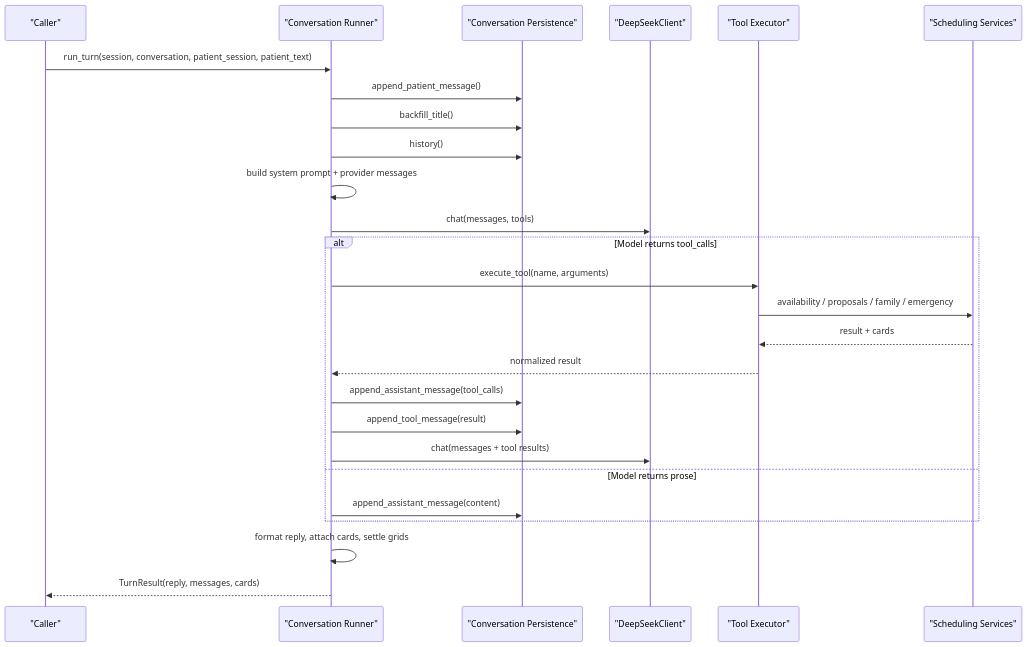
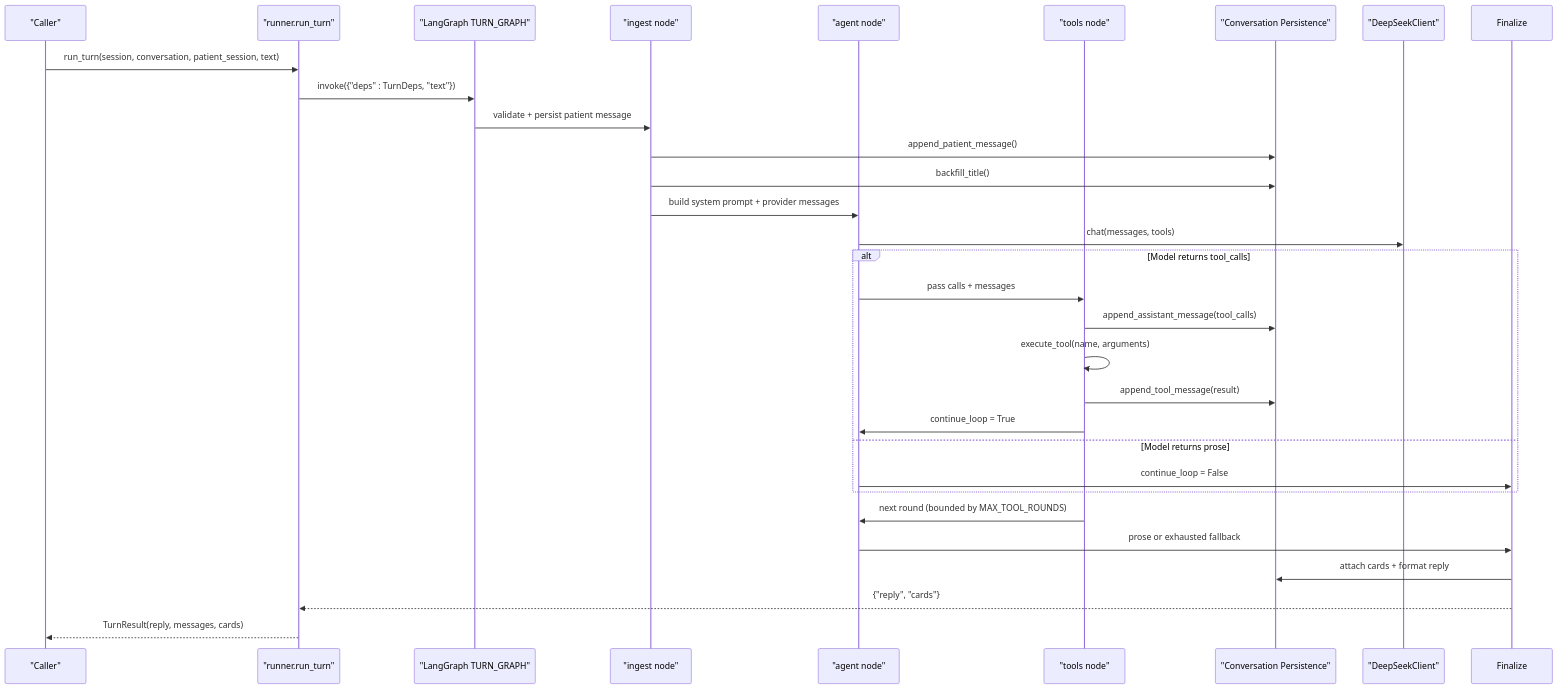
Before and after one commit to gokulkaarthicks/dental-chatbot: the second of 5 diagrams in .qoder/repowiki/en/content/AI Agent System/Conversation Runner/Conversation Runner.md, drawn with Mermaid. The commit also changed other lines of this file and 280 other files, not shown here.

````diff
--- a/.qoder/repowiki/en/content/AI Agent System/Conversation Runner/Conversation Runner.md
+++ b/.qoder/repowiki/en/content/AI Agent System/Conversation Runner/Conversation Runner.md
@@ -97,28 +103,32 @@
 ```mermaid
 sequenceDiagram
 participant Client as "Caller"
-participant Runner as "Conversation Runner"
+participant Runner as "runner.run_turn"
+participant Graph as "LangGraph TURN_GRAPH"
+participant Ingest as "ingest node"
+participant Agent as "agent node"
+participant Tools as "tools node"
 participant Conv as "Conversation Persistence"
 participant AI as "DeepSeekClient"
-participant Tools as "Tool Executor"
-participant Sched as "Scheduling Services"
-Client->>Runner : run_turn(session, conversation, patient_session, patient_text)
-Runner->>Conv : append_patient_message()
-Runner->>Conv : backfill_title()
-Runner->>Conv : history()
-Runner->>Runner : build system prompt + provider messages
-Runner->>AI : chat(messages, tools)
+Client->>Runner : run_turn(session, conversation, patient_session, text)
+Runner->>Graph : invoke({"deps" : TurnDeps, "text"})
+Graph->>Ingest : validate + persist patient message
+Ingest->>Conv : append_patient_message()
+Ingest->>Conv : backfill_title()
+Ingest->>Agent : build system prompt + provider messages
+Agent->>AI : chat(messages, tools)
 alt Model returns tool_calls
-Runner->>Tools : execute_tool(name, arguments)
-Tools->>Sched : availability / proposals / family / emergency
-Sched-->>Tools : result + cards
-Tools-->>Runner : normalized result
-Runner->>Conv : append_assistant_message(tool_calls)
-Runner->>Conv : append_tool_message(result)
-Runner->>AI : chat(messages + tool results)
+Agent->>Tools : pass calls + messages
+Tools->>Conv : append_assistant_message(tool_calls)
+Tools->>Tools : execute_tool(name, arguments)
+Tools->>Conv : append_tool_message(result)
+Tools->>Agent : continue_loop = True
 else Model returns prose
-Runner->>Conv : append_assistant_message(content)
+Agent->>Finalize : continue_loop = False
 end
-Runner->>Runner : format reply, attach cards, settle grids
+Tools->>Agent : next round (bounded by MAX_TOOL_ROUNDS)
+Agent->>Finalize : prose or exhausted fallback
+Finalize->>Conv : attach cards + format reply
+Finalize-->>Runner : {"reply", "cards"}
 Runner-->>Client : TurnResult(reply, messages, cards)
 ```
````
